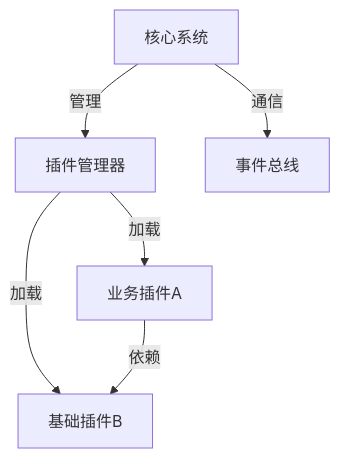
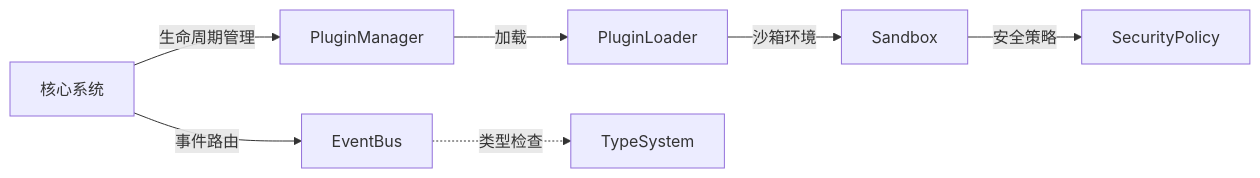
One commit to Code-jio/EngineKernel changed the second of 2 diagrams in README.md. Above: the diagram before and after it, drawn with Mermaid. The commit also changed other lines of this file, not shown here.

```````diff
--- a/README.md
+++ b/README.md
@@ -108,8 +83,9 @@
-``````mermaid
-graph TD
-    Core[核心系统] -->|管理| PluginManager[插件管理器]
-    Core -->|通信| EventBus[事件总线]
-    PluginManager -->|加载| PluginA[业务插件A]
-    PluginManager -->|加载| PluginB[基础插件B]
-    PluginA -->|依赖| PluginB
-``````
+```mermaid
+graph LR
+    Core[核心系统] -->|生命周期管理| PluginManager
+    Core -->|事件路由| EventBus
+    PluginManager -->|加载| PluginLoader
+    PluginLoader -->|沙箱环境| Sandbox
+    Sandbox -->|安全策略| SecurityPolicy
+    EventBus -.-> |类型检查| TypeSystem
+```
```````
